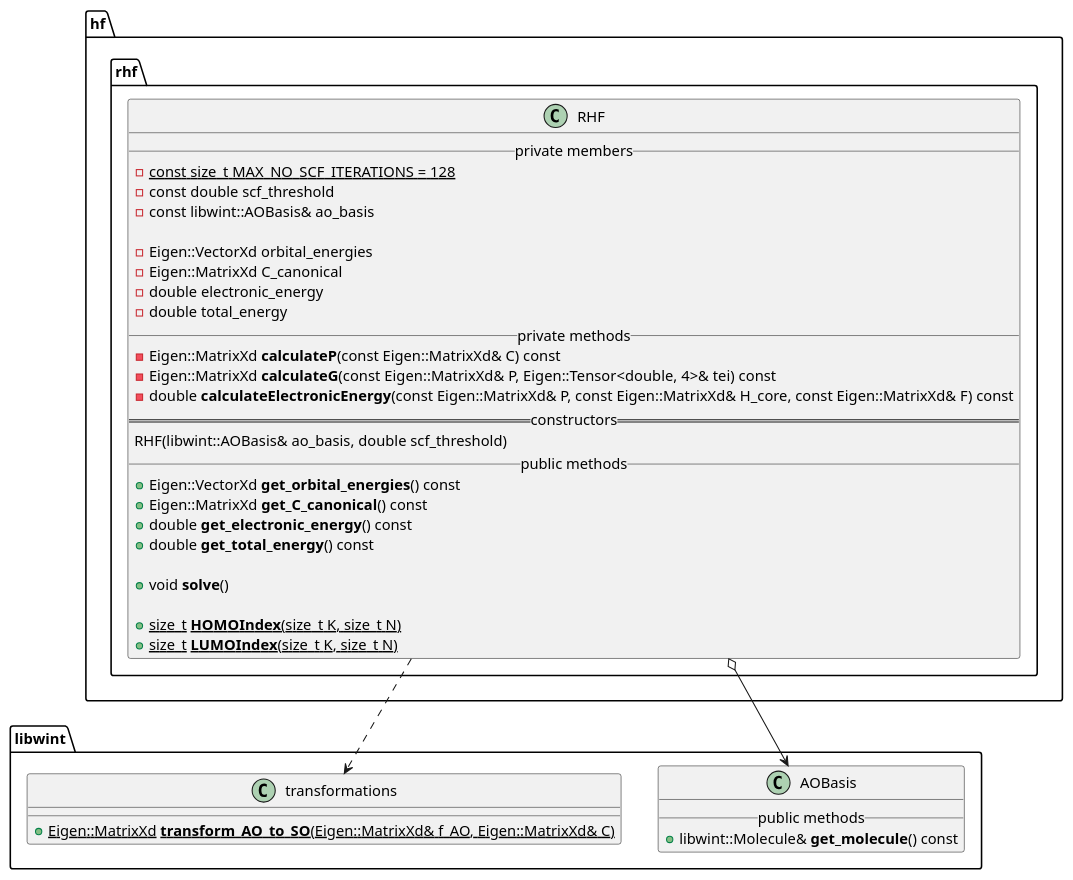
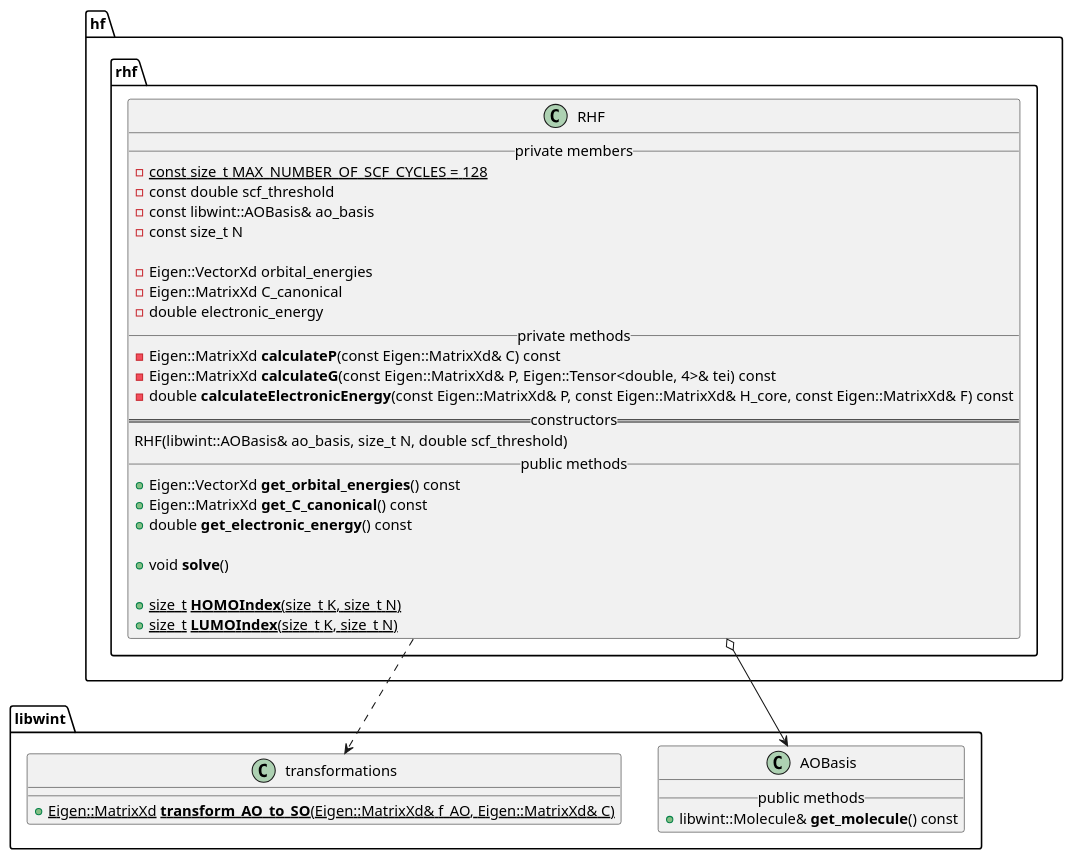
Before and after one commit to tmhuysen/hf: the diagram in docs/hf.puml, drawn with PlantUML. The commit also changed 3 other files, not shown here.

```diff
--- a/docs/hf.puml
+++ b/docs/hf.puml
@@ -1,58 +1,57 @@
 @startuml
 
 
 namespace libwint {
 
     class AOBasis {
         __ public methods __
             + libwint::Molecule& **get_molecule**() const
     }
 
 
     class transformations {
         + {static} Eigen::MatrixXd **transform_AO_to_SO**(Eigen::MatrixXd& f_AO, Eigen::MatrixXd& C)
     }
 
 }
 
 
 namespace hf {
     namespace rhf {
 
         class RHF {
             __ private members __
-                - const size_t {static} MAX_NO_SCF_ITERATIONS = 128
+                - const size_t {static} MAX_NUMBER_OF_SCF_CYCLES = 128
                 - const double scf_threshold
                 - const libwint::AOBasis& ao_basis
+                - const size_t N
 
                 - Eigen::VectorXd orbital_energies
                 - Eigen::MatrixXd C_canonical
                 - double electronic_energy
-                - double total_energy
             __ private methods __
                 - Eigen::MatrixXd **calculateP**(const Eigen::MatrixXd& C) const
                 - Eigen::MatrixXd **calculateG**(const Eigen::MatrixXd& P, Eigen::Tensor<double, 4>& tei) const
                 - double **calculateElectronicEnergy**(const Eigen::MatrixXd& P, const Eigen::MatrixXd& H_core, const Eigen::MatrixXd& F) const
             == constructors ==
-                RHF(libwint::AOBasis& ao_basis, double scf_threshold)
+                RHF(libwint::AOBasis& ao_basis, size_t N, double scf_threshold)
             __ public methods __
                 + Eigen::VectorXd **get_orbital_energies**() const
                 + Eigen::MatrixXd **get_C_canonical**() const
                 + double **get_electronic_energy**() const
-                + double **get_total_energy**() const
 
                 + void **solve**()
 
                 + {static} size_t **HOMOIndex**(size_t K, size_t N)
                 + {static} size_t **LUMOIndex**(size_t K, size_t N)
         }
     }
 }
 
 
 
 hf.rhf.RHF o--> libwint.AOBasis
 
 hf.rhf.RHF ..> libwint.transformations
 
 @enduml
```
